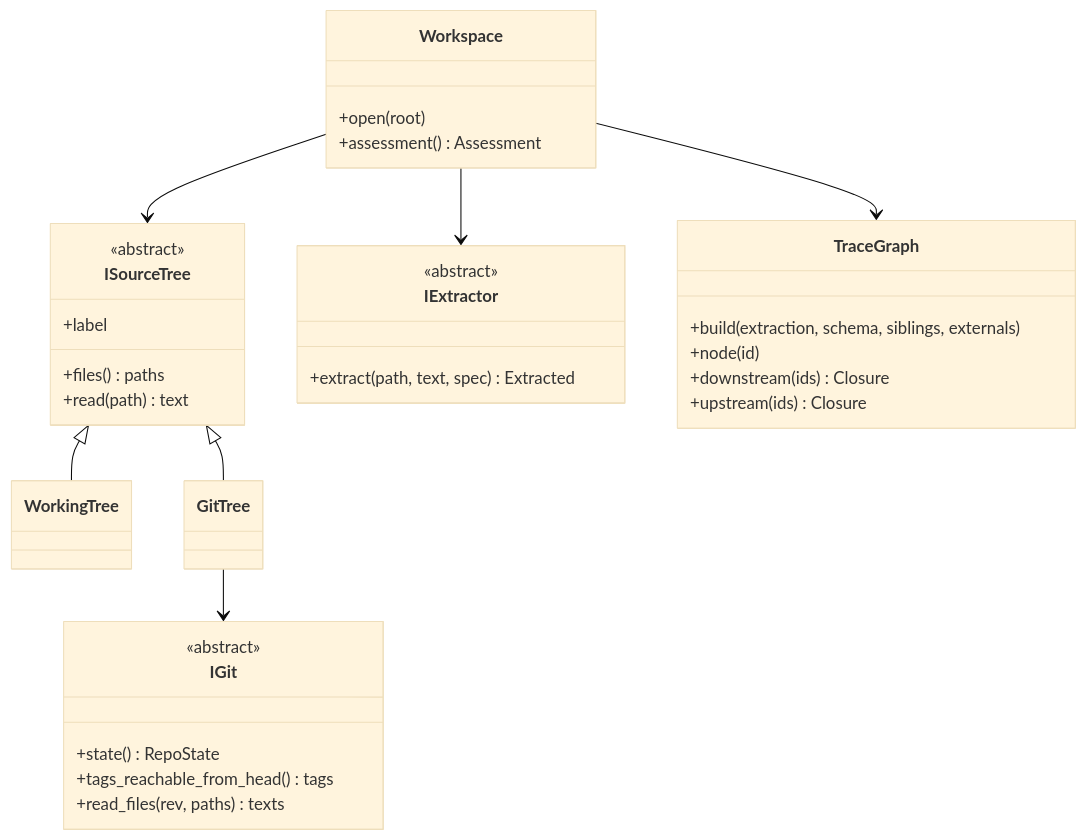
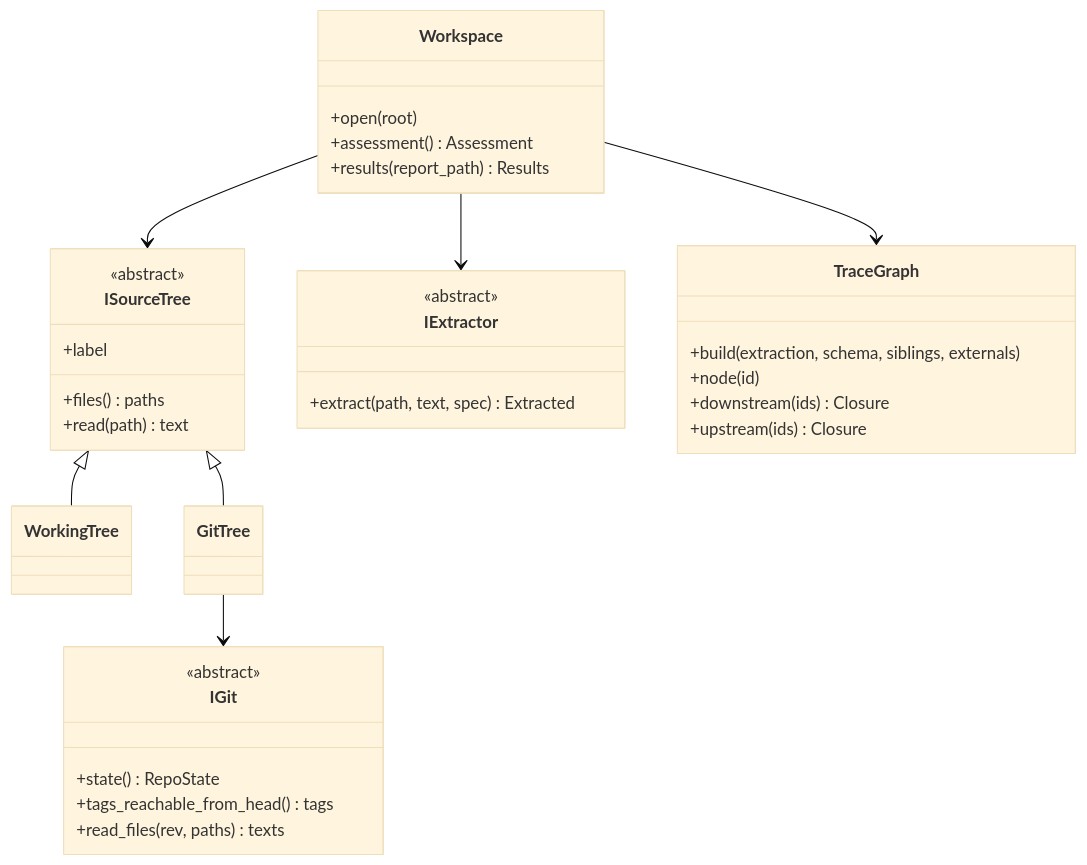
Before and after one commit to Lightbridge-KS/qmstrace: the fourth of 6 diagrams in docs/design/system-architecture.md, drawn with Mermaid (base theme). The commit also changed other lines of this file and 28 other files, not shown here.

Commit message:
feat(results): report pytest outcomes against requirements

````diff
--- a/docs/design/system-architecture.md
+++ b/docs/design/system-architecture.md
@@ -155,37 +155,38 @@
 ```mermaid
 classDiagram
     class ISourceTree {
         <<abstract>>
         +files() paths
         +read(path) text
         +label
     }
     class WorkingTree
     class GitTree
     class IExtractor {
         <<abstract>>
         +extract(path, text, spec) Extracted
     }
     class IGit {
         <<abstract>>
         +state() RepoState
         +tags_reachable_from_head() tags
         +read_files(rev, paths) texts
     }
     class TraceGraph {
         +build(extraction, schema, siblings, externals)
         +node(id)
         +downstream(ids) Closure
         +upstream(ids) Closure
     }
     class Workspace {
         +open(root)
         +assessment() Assessment
+        +results(report_path) Results
     }
     ISourceTree <|-- WorkingTree
     ISourceTree <|-- GitTree
     GitTree --> IGit
     Workspace --> ISourceTree
     Workspace --> IExtractor
     Workspace --> TraceGraph
 ```
````
